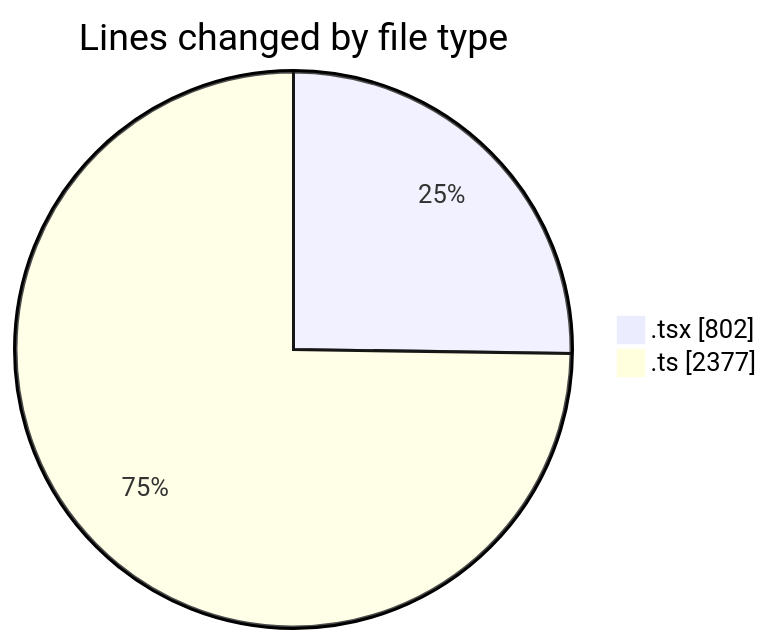
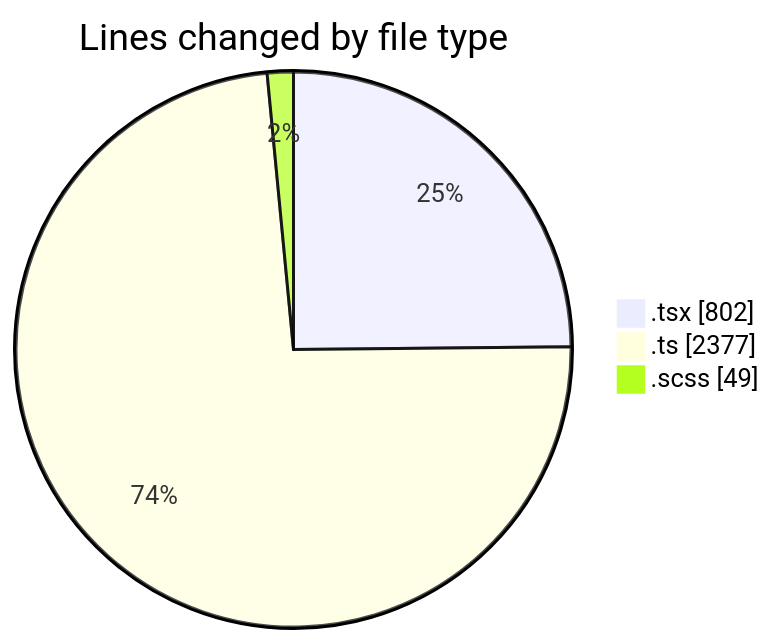
One commit to momahboobian/code-tracking changed the first of 2 diagrams in 2026-10-14/cda/README.md. Above: the diagram before and after it, drawn with Mermaid. The commit also changed other lines of this file and 1 other file, not shown here.

````diff
--- a/2026-10-14/cda/README.md
+++ b/2026-10-14/cda/README.md
@@ -27,6 +28,7 @@
 ```mermaid
 pie showData
 title Lines changed by file type
 ".tsx" : 802
 ".ts" : 2377
+".scss" : 49
 ```
````
